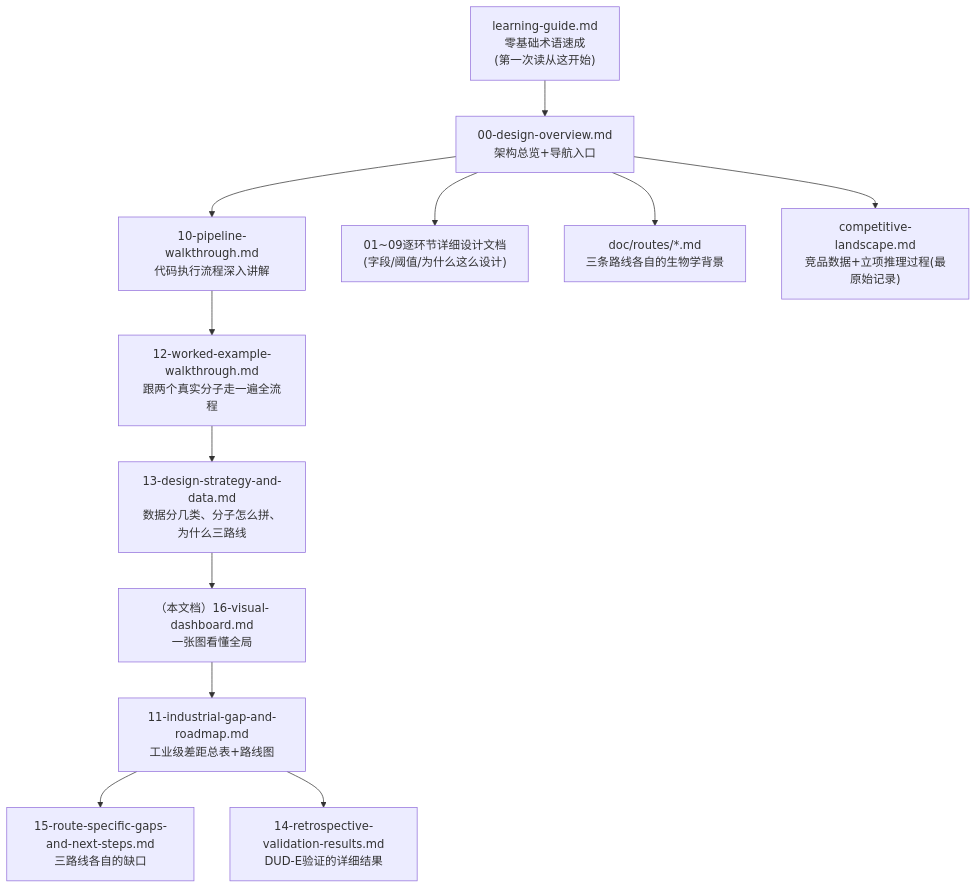
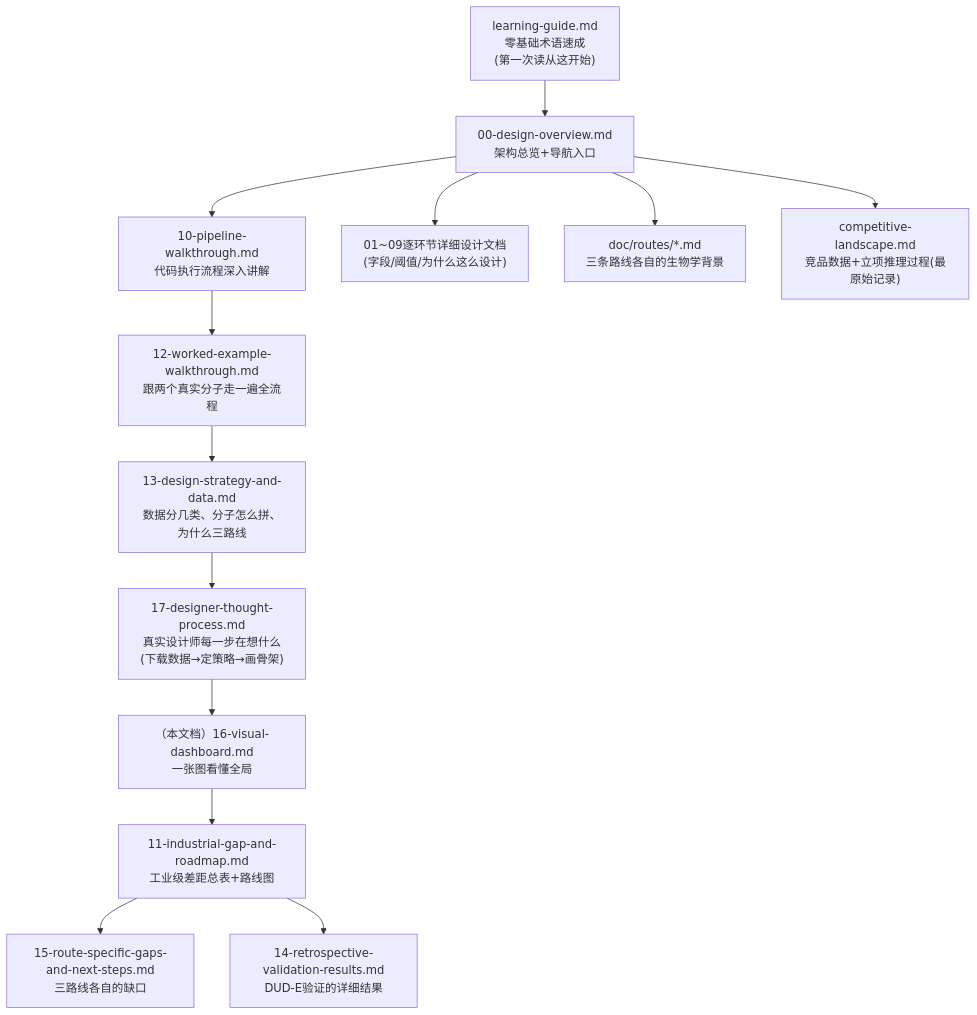
One commit to aidd-river-lab/egfr-4-drug changed the seventh of 7 diagrams in doc/16-visual-dashboard.md. Above: the diagram before and after it, drawn with Mermaid. The commit also changed 2 other files, not shown here.

Commit message:
17 designer doc

````diff
--- a/doc/16-visual-dashboard.md
+++ b/doc/16-visual-dashboard.md
@@ -197,17 +197,18 @@
 ```mermaid
 flowchart TD
     Guide["learning-guide.md\n零基础术语速成\n(第一次读从这开始)"] --> Overview
     Overview["00-design-overview.md\n架构总览+导航入口"] --> Walk
     Walk["10-pipeline-walkthrough.md\n代码执行流程深入讲解"] --> Example
     Example["12-worked-example-walkthrough.md\n跟两个真实分子走一遍全流程"] --> Strategy
-    Strategy["13-design-strategy-and-data.md\n数据分几类、分子怎么拼、为什么三路线"] --> ThisDoc
+    Strategy["13-design-strategy-and-data.md\n数据分几类、分子怎么拼、为什么三路线"] --> Designer
+    Designer["17-designer-thought-process.md\n真实设计师每一步在想什么\n(下载数据→定策略→画骨架)"] --> ThisDoc
     ThisDoc["（本文档）16-visual-dashboard.md\n一张图看懂全局"]
 
     Overview --> Detail["01~09逐环节详细设计文档\n(字段/阈值/为什么这么设计)"]
     Overview --> Routes["doc/routes/*.md\n三条路线各自的生物学背景"]
     Overview --> Competitive["competitive-landscape.md\n竞品数据+立项推理过程(最原始记录)"]
 
     ThisDoc --> Gap["11-industrial-gap-and-roadmap.md\n工业级差距总表+路线图"]
     Gap --> RouteGap["15-route-specific-gaps-and-next-steps.md\n三路线各自的缺口"]
     Gap --> Val1["14-retrospective-validation-results.md\nDUD-E验证的详细结果"]
 ```
````
